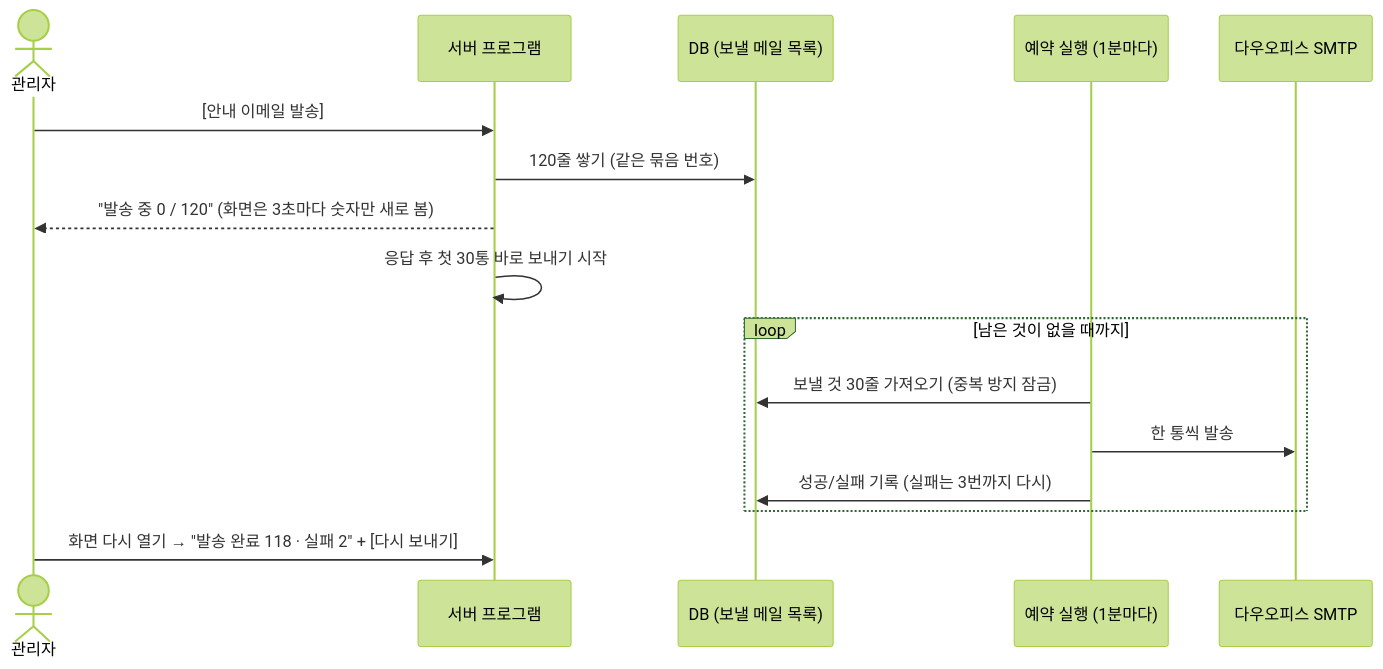
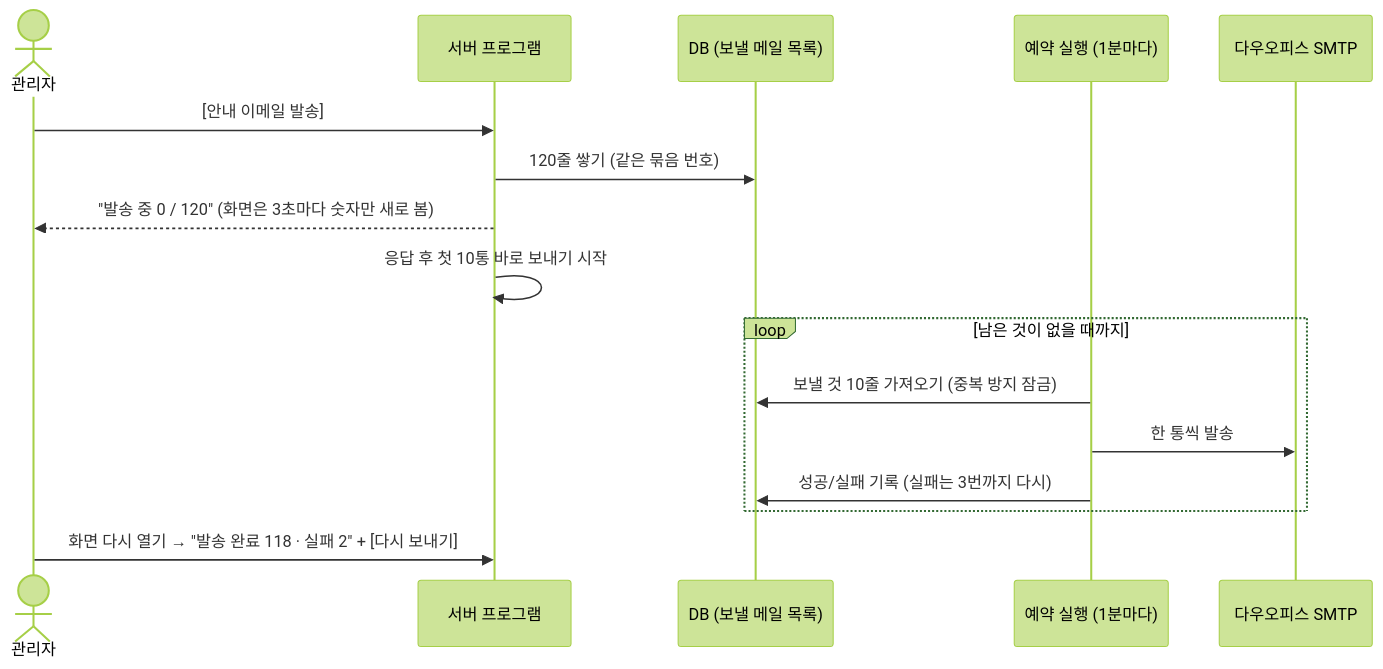
One commit to jmkim0808/hr-eval changed the fifth of 5 diagrams in docs/tech/01-아키텍처.md. Above: the diagram before and after it, drawn with Mermaid (forest theme). The commit also changed other lines of this file and 6 other files, not shown here.

````diff
--- a/docs/tech/01-아키텍처.md
+++ b/docs/tech/01-아키텍처.md
@@ -117,18 +117,18 @@
 ```mermaid
 sequenceDiagram
     actor M as 관리자
     participant A as 서버 프로그램
     participant D as DB (보낼 메일 목록)
     participant C as 예약 실행 (1분마다)
     participant S as 다우오피스 SMTP
     M->>A: [안내 이메일 발송]
     A->>D: 120줄 쌓기 (같은 묶음 번호)
     A-->>M: "발송 중 0 / 120" (화면은 3초마다 숫자만 새로 봄)
-    A->>A: 응답 후 첫 30통 바로 보내기 시작
+    A->>A: 응답 후 첫 10통 바로 보내기 시작
     loop 남은 것이 없을 때까지
-      C->>D: 보낼 것 30줄 가져오기 (중복 방지 잠금)
+      C->>D: 보낼 것 10줄 가져오기 (중복 방지 잠금)
       C->>S: 한 통씩 발송
       C->>D: 성공/실패 기록 (실패는 3번까지 다시)
     end
     M->>A: 화면 다시 열기 → "발송 완료 118 · 실패 2" + [다시 보내기]
 ```
````
